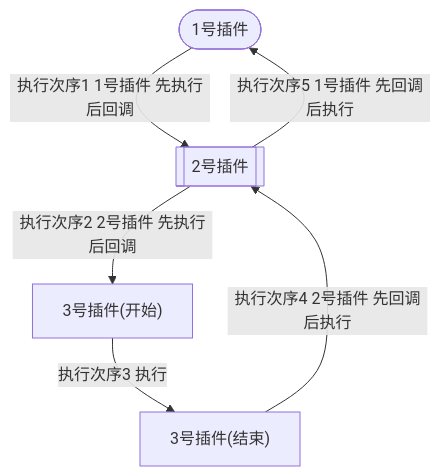
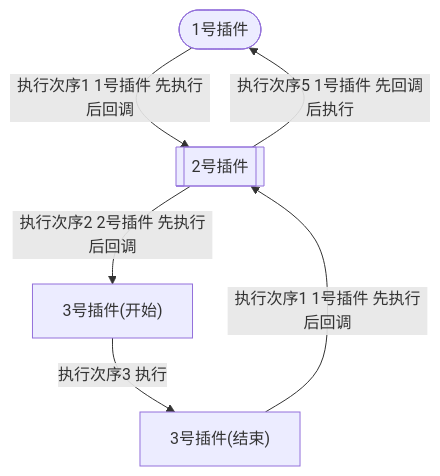
One commit to ruan-cat/RPGMV-dev-notes changed the diagram in docs/vue.js/README.md. Above: the diagram before and after it, drawn with Mermaid. The commit also changed other lines of this file and 3 other files, not shown here.

First line of the commit message:
优化了 mermaid 代码结构写法

````diff
--- a/docs/vue.js/README.md
+++ b/docs/vue.js/README.md
@@ -14,8 +14,7 @@
 ``` mermaid
 graph TB
-  1(["1号插件"])-->|执行次序1 1号插件 先执行后回调|2[["2号插件"]];
   2[["2号插件"]]-->|执行次序2 2号插件 先执行后回调|3-s["3号插件(开始)"];
   3-s["3号插件(开始)"]-->|执行次序3 执行|3-e["3号插件(结束)"];
-  3-e["3号插件(结束)"]-->|执行次序4 2号插件 先回调后执行|2[["2号插件"]];
   2[["2号插件"]]-->|执行次序5 1号插件 先回调后执行|1(["1号插件"]);
+  1(["1号插件"]) & 3-e["3号插件(结束)"] -->|执行次序1 1号插件 先执行后回调|2[["2号插件"]];
 ```
````
